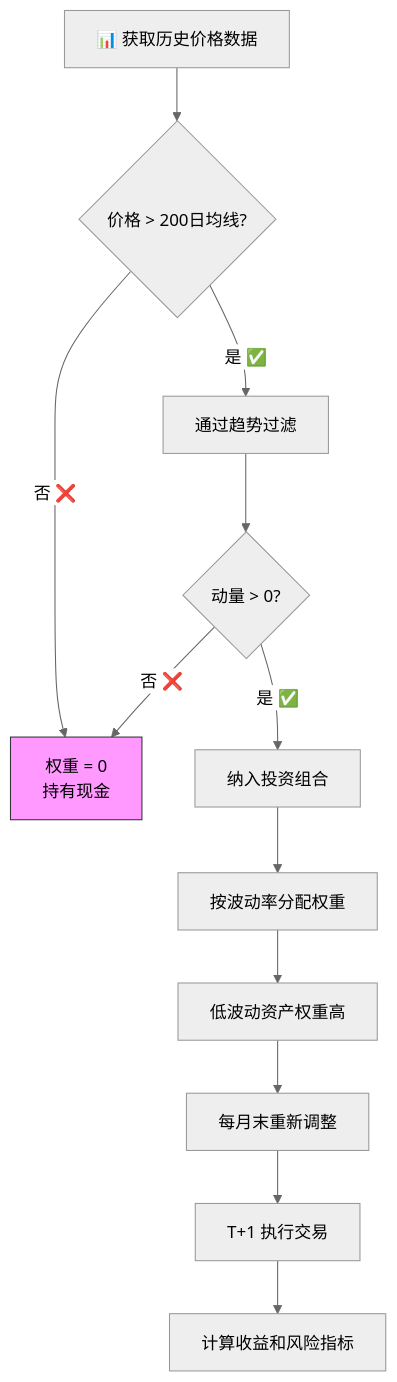
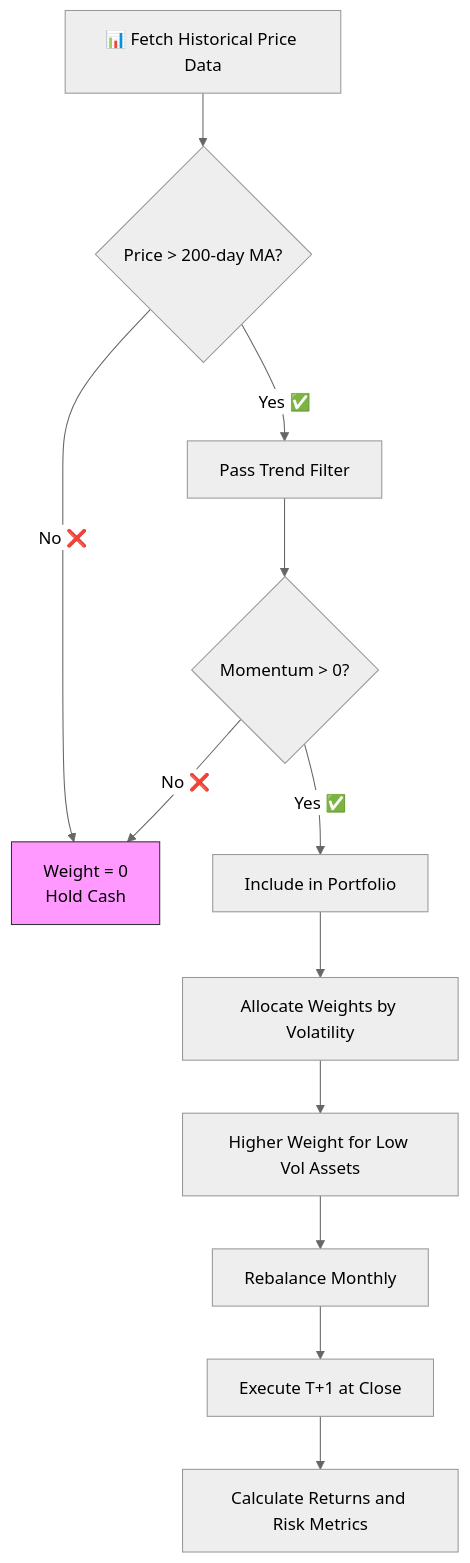
One commit to jeremygu000/algorithmic-trading changed the first of 2 diagrams in README.md. Above: the diagram before and after it, drawn with Mermaid (neutral theme). The commit also changed other lines of this file, not shown here.

````diff
--- a/README.md
+++ b/README.md
@@ -76,16 +76,16 @@
 ```mermaid
 flowchart TD
-    A[📊 获取历史价格数据] --> B{价格 > 200日均线?}
-    B -->|是 ✅| C[通过趋势过滤]
-    B -->|否 ❌| D[权重 = 0<br>持有现金]
-    C --> E{动量 > 0?}
-    E -->|是 ✅| F[纳入投资组合]
-    E -->|否 ❌| D
-    F --> G[按波动率分配权重]
-    G --> H[低波动资产权重高]
-    H --> I[每月末重新调整]
-    I --> J[T+1 执行交易]
-    J --> K[计算收益和风险指标]
+    A[📊 Fetch Historical Price Data] --> B{Price > 200-day MA?}
+    B -->|Yes ✅| C[Pass Trend Filter]
+    B -->|No ❌| D[Weight = 0<br>Hold Cash]
+    C --> E{Momentum > 0?}
+    E -->|Yes ✅| F[Include in Portfolio]
+    E -->|No ❌| D
+    F --> G[Allocate Weights by Volatility]
+    G --> H[Higher Weight for Low Vol Assets]
+    H --> I[Rebalance Monthly]
+    I --> J[Execute T+1 at Close]
+    J --> K[Calculate Returns and Risk Metrics]
 
     style D fill:#f9f,stroke:#333
 ```
````
